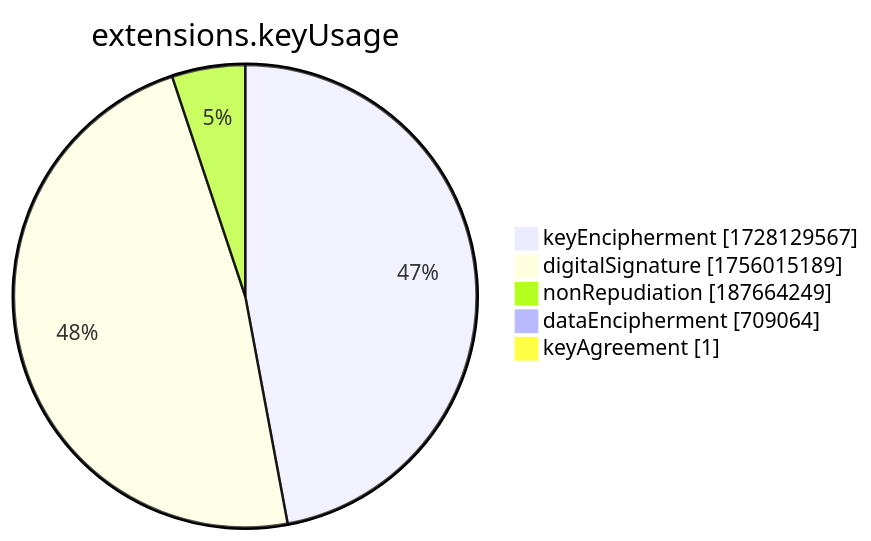
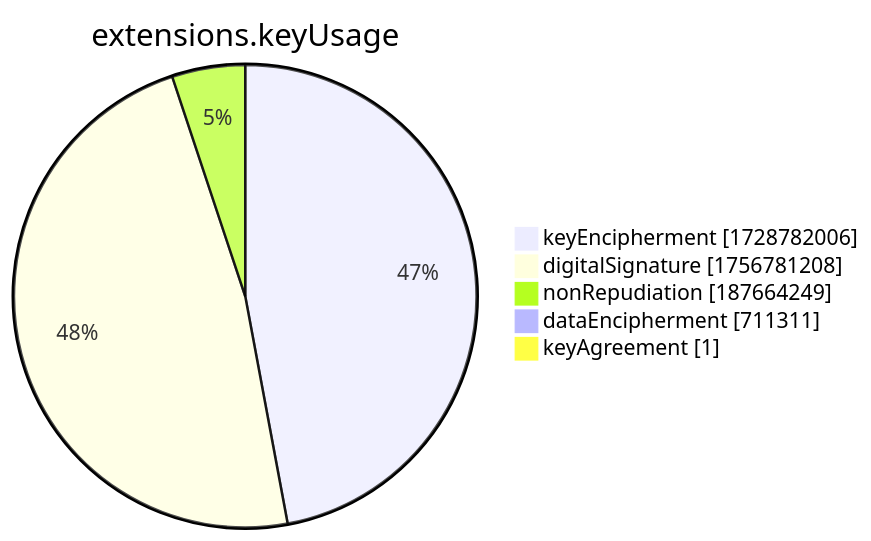
Before and after one commit to christiankrug/ctmonitor_visualization: the seventh of 15 diagrams in xenon2022/README.md, drawn with Mermaid. The commit also changed other lines of this file, not shown here.

````diff
--- a/xenon2022/README.md
+++ b/xenon2022/README.md
@@ -2859,9 +2859,9 @@
 ```mermaid
 pie showData
 title extensions.keyUsage
-"keyEncipherment" :1728129567
-"digitalSignature" :1756015189
+"keyEncipherment" :1728782006
+"digitalSignature" :1756781208
 "nonRepudiation" :187664249
-"dataEncipherment" :709064
+"dataEncipherment" :711311
 "keyAgreement" :1
 ```
````
